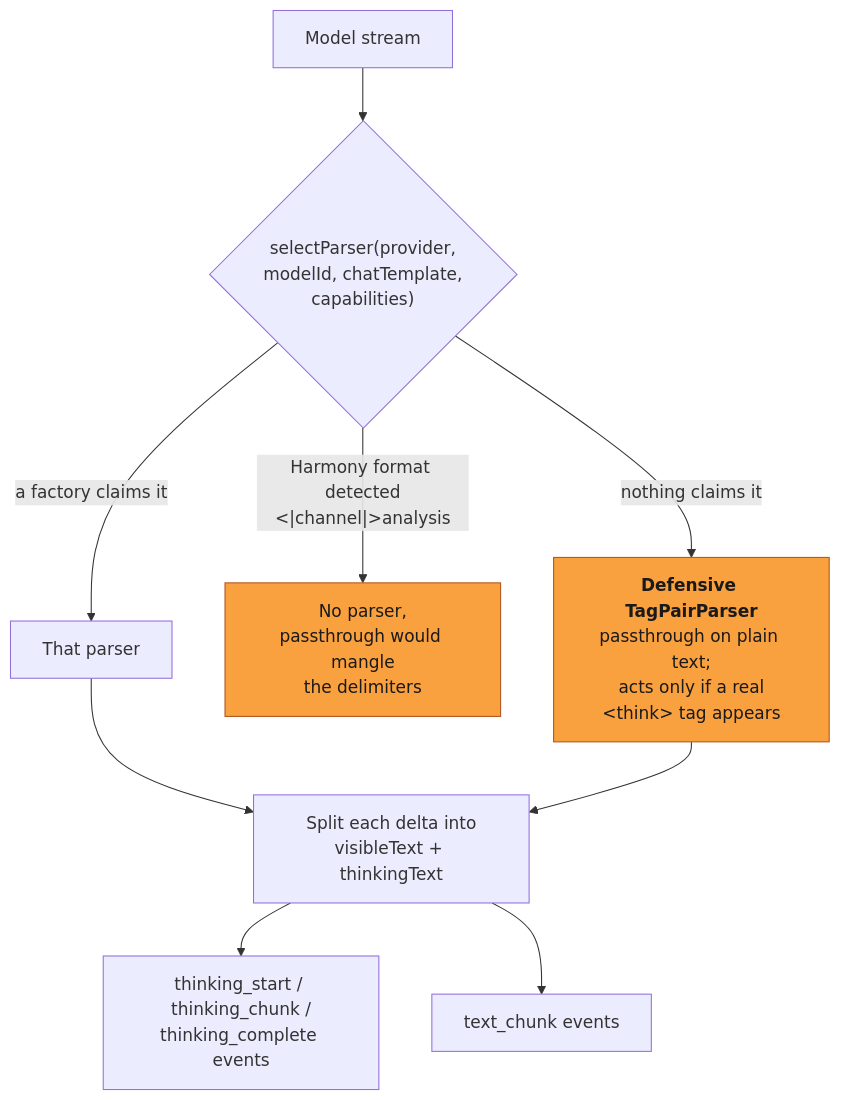
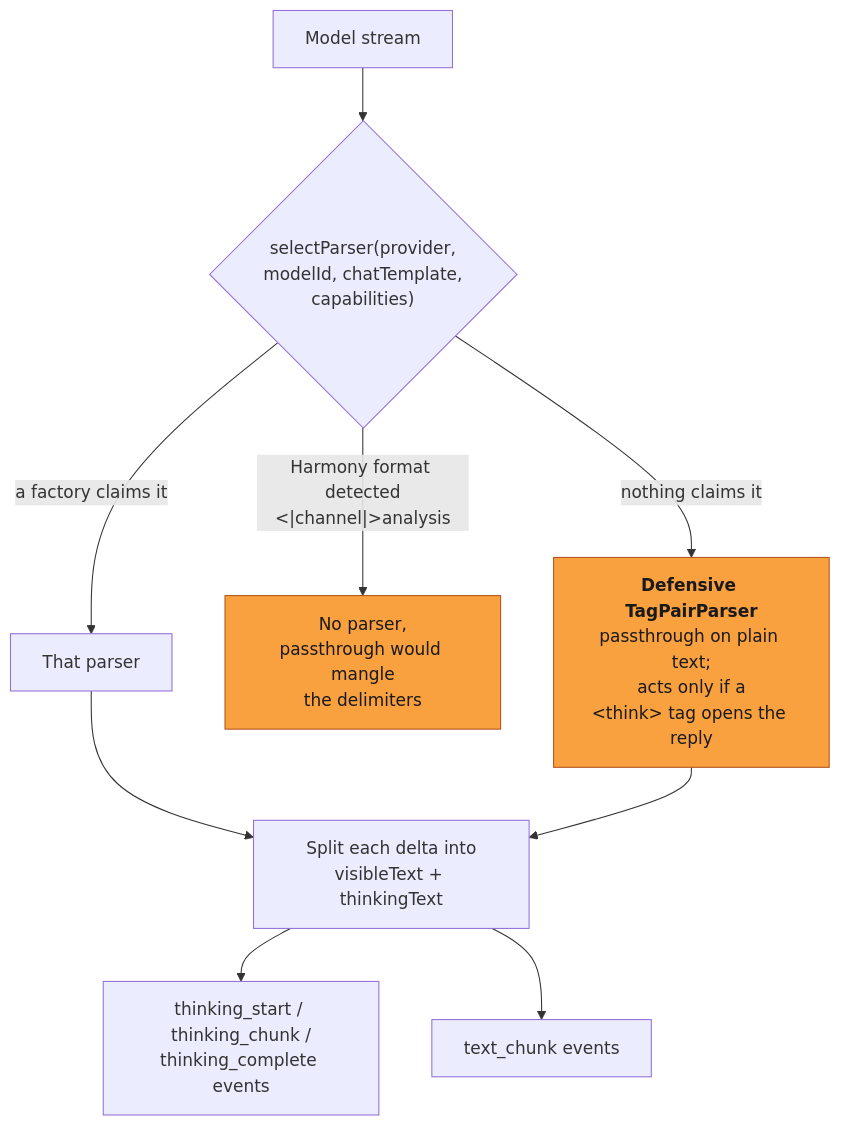
One commit to lvndry/jazz changed the third of 3 diagrams in docs/maintainers/add-a-provider.md. Above: the diagram before and after it, drawn with Mermaid. The commit also changed other lines of this file and 6 other files, not shown here.

````diff
--- a/docs/maintainers/add-a-provider.md
+++ b/docs/maintainers/add-a-provider.md
@@ -119,17 +119,17 @@
 ```mermaid
 flowchart TB
     STREAM["Model stream"] --> SELECT{"selectParser(provider,<br/>modelId, chatTemplate,<br/>capabilities)"}
 
     SELECT -->|"a factory claims it"| P1["That parser"]
     SELECT -->|"Harmony format detected<br/>&lt;|channel|&gt;analysis"| NONE["No parser,<br/>passthrough would mangle<br/>the delimiters"]
-    SELECT -->|"nothing claims it"| P2["<b>Defensive TagPairParser</b><br/>passthrough on plain text;<br/>acts only if a real<br/>&lt;think&gt; tag appears"]
+    SELECT -->|"nothing claims it"| P2["<b>Defensive TagPairParser</b><br/>passthrough on plain text;<br/>acts only if a<br/>&lt;think&gt; tag opens the reply"]
 
     P1 --> SPLIT
     P2 --> SPLIT
     SPLIT["Split each delta into<br/>visibleText + thinkingText"]
     SPLIT --> EV["thinking_start / thinking_chunk /<br/>thinking_complete events"]
     SPLIT --> TXT["text_chunk events"]
 
     classDef guard fill:#f9a03f,stroke:#b3541e,color:#1a1a1a
     class P2,NONE guard
 ```
````
